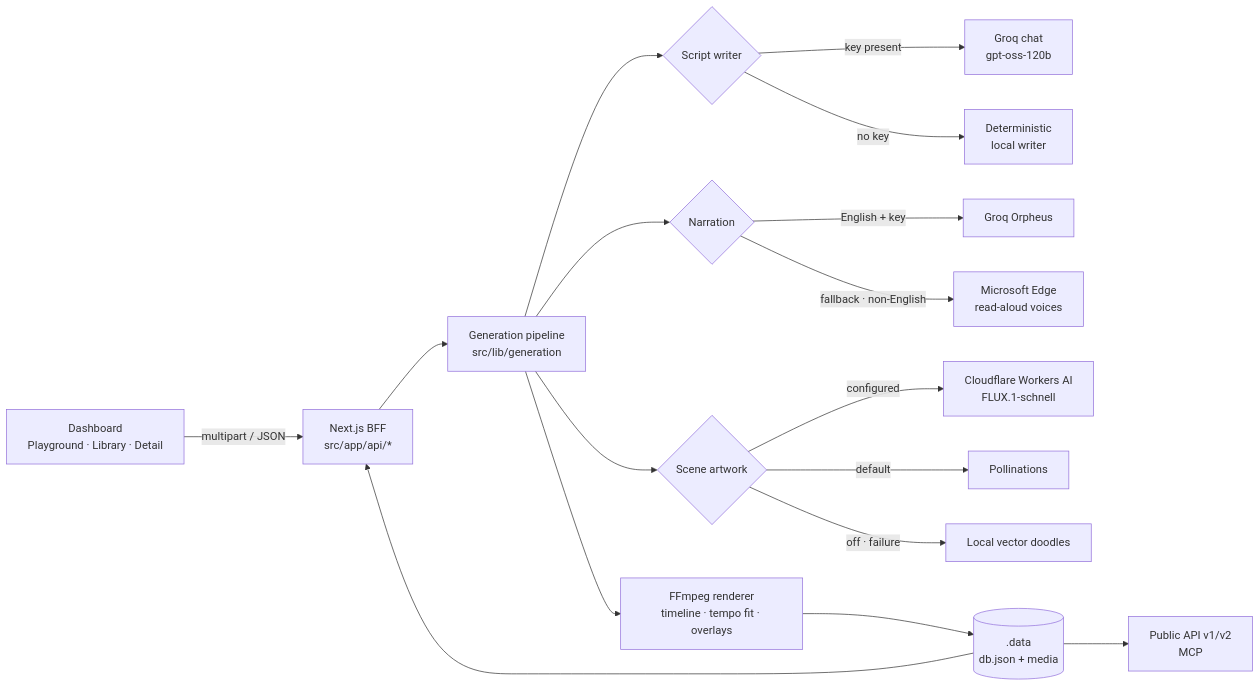
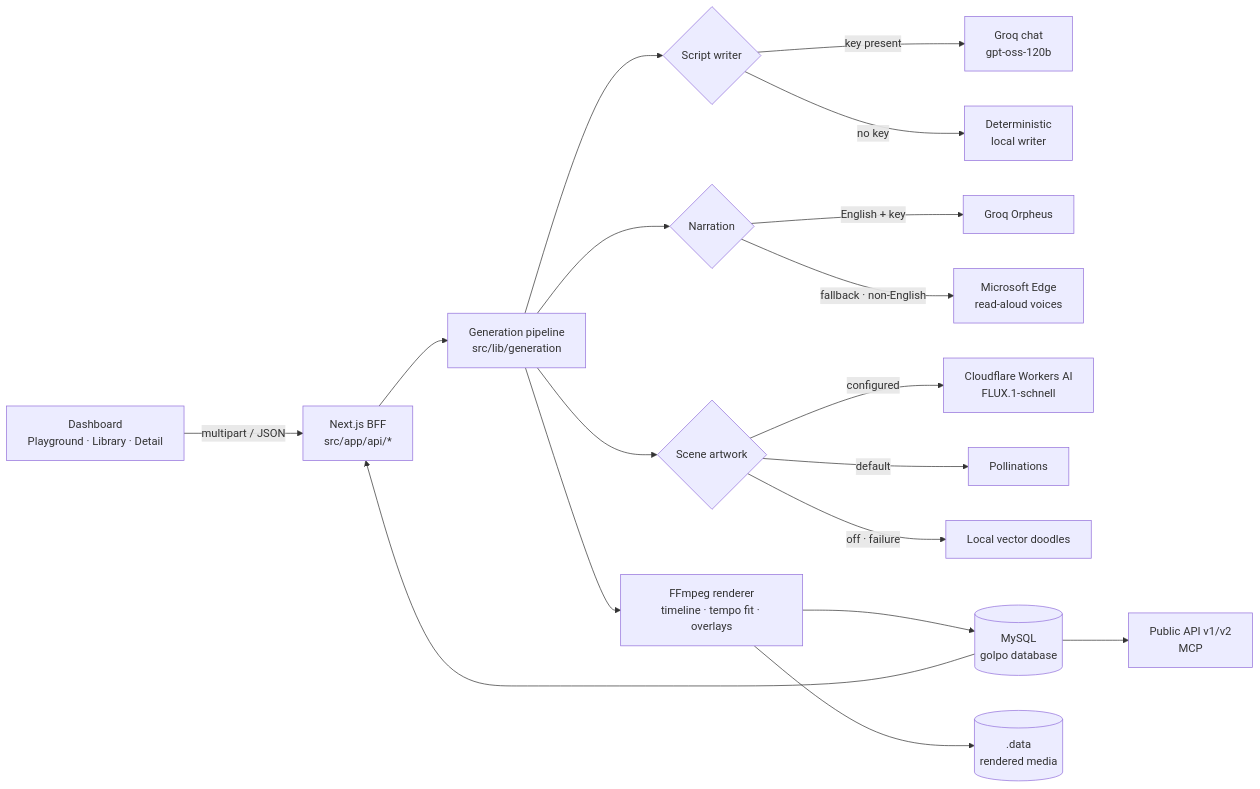
Before and after one commit to wordofgodwithai-oss/learning-website-design-with-AI: the diagram in README.md, drawn with Mermaid. The commit also changed other lines of this file and 31 other files, not shown here.

First line of the commit message:
Switch persistence and auth from Supabase/JSON to MySQL

````diff
--- a/README.md
+++ b/README.md
@@ -117,19 +117,20 @@
 ```mermaid
 flowchart LR
   UI["Dashboard<br/>Playground · Library · Detail"] -->|"multipart / JSON"| BFF["Next.js BFF<br/>src/app/api/*"]
   BFF --> PIPE["Generation pipeline<br/>src/lib/generation"]
   PIPE --> SCRIPT{"Script writer"}
   SCRIPT -->|"key present"| GROQ["Groq chat<br/>gpt-oss-120b"]
   SCRIPT -->|"no key"| LOCAL["Deterministic<br/>local writer"]
   PIPE --> TTS{"Narration"}
   TTS -->|"English + key"| ORPHEUS["Groq Orpheus"]
   TTS -->|"fallback · non-English"| EDGE["Microsoft Edge<br/>read-aloud voices"]
   PIPE --> ART{"Scene artwork"}
   ART -->|"configured"| CF["Cloudflare Workers AI<br/>FLUX.1-schnell"]
   ART -->|"default"| POL["Pollinations"]
   ART -->|"off · failure"| DOODLE["Local vector doodles"]
   PIPE --> RENDER["FFmpeg renderer<br/>timeline · tempo fit · overlays"]
-  RENDER --> STORE[(".data<br/>db.json + media")]
+  RENDER --> STORE[("MySQL<br/>golpo database")]
+  RENDER --> MEDIA[(".data<br/>rendered media")]
   STORE --> BFF
   STORE --> API["Public API v1/v2<br/>MCP"]
 ```
````
